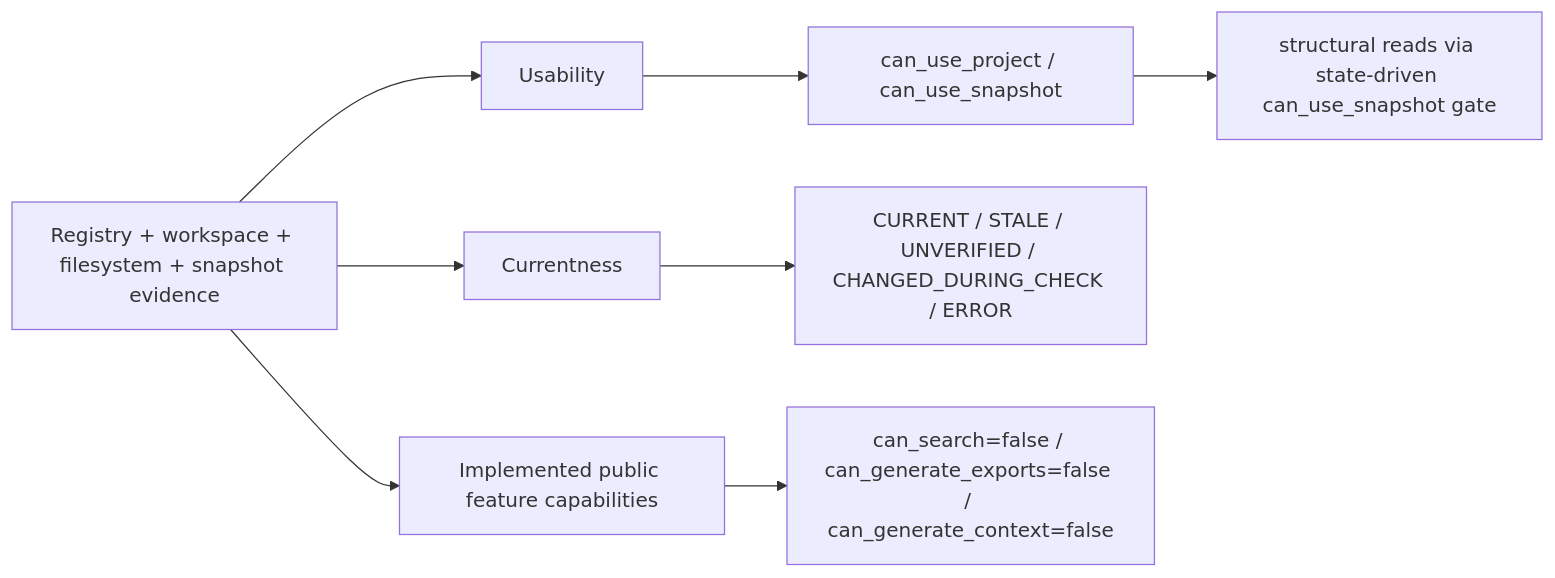
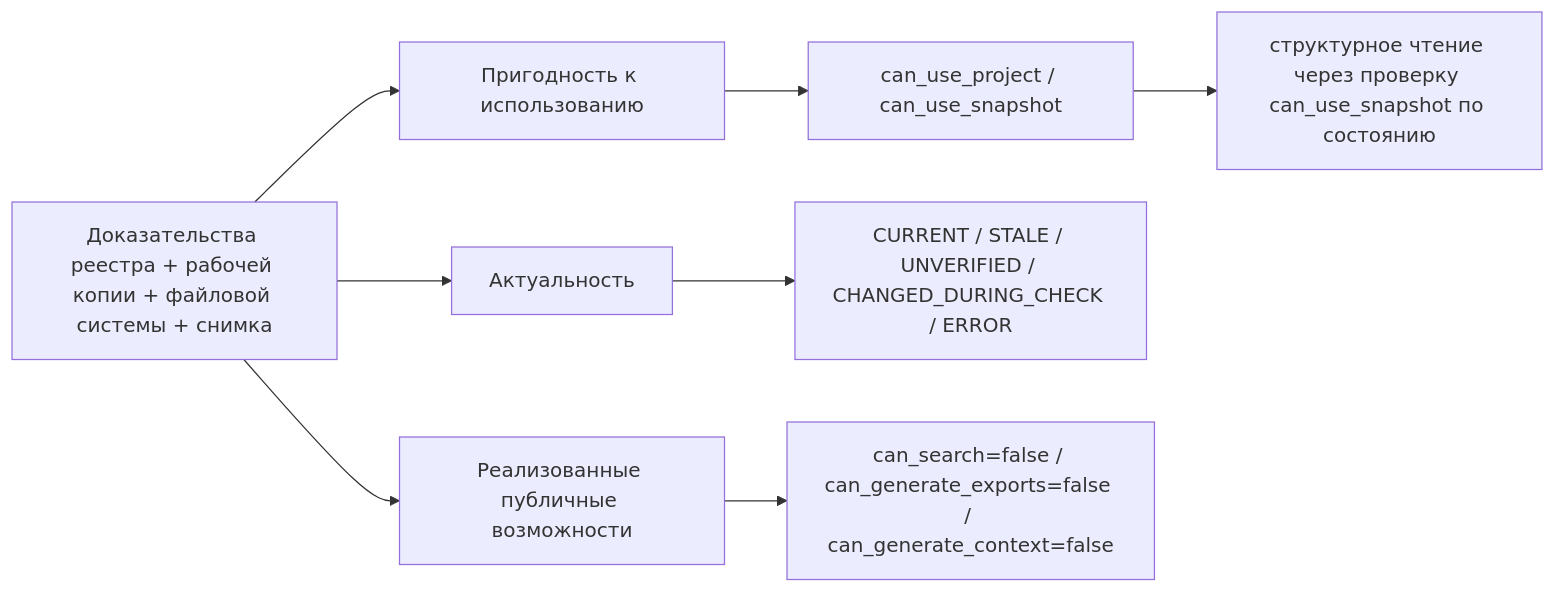
The third of 3 diagrams in docs/ARCHITECTURE.md (Vkuvalin/project-kb), drawn with Mermaid before and after one commit. The commit also changed other lines of this file and 6 other files, not shown here.

````diff
--- a/docs/ARCHITECTURE.md
+++ b/docs/ARCHITECTURE.md
@@ -214,19 +214,19 @@
 ```mermaid
 flowchart LR
-    Evidence["Registry + workspace + filesystem + snapshot evidence"]
-    Availability["Usability"]
-    Currentness["Currentness"]
-    Capabilities["Implemented public feature capabilities"]
+    Evidence["Доказательства реестра + рабочей копии + файловой системы + снимка"]
+    Availability["Пригодность к использованию"]
+    Currentness["Актуальность"]
+    Capabilities["Реализованные публичные возможности"]
     AFlags["can_use_project / can_use_snapshot"]
-    StructuralReads["structural reads via state-driven can_use_snapshot gate"]
+    StructuralReads["структурное чтение через проверку can_use_snapshot по состоянию"]
     CStates["CURRENT / STALE / UNVERIFIED / CHANGED_DURING_CHECK / ERROR"]
     CFlags["can_search=false / can_generate_exports=false / can_generate_context=false"]
 
     Evidence --> Availability
     Evidence --> Currentness
     Evidence --> Capabilities
     Availability --> AFlags
     AFlags --> StructuralReads
     Currentness --> CStates
     Capabilities --> CFlags
 ```
````
